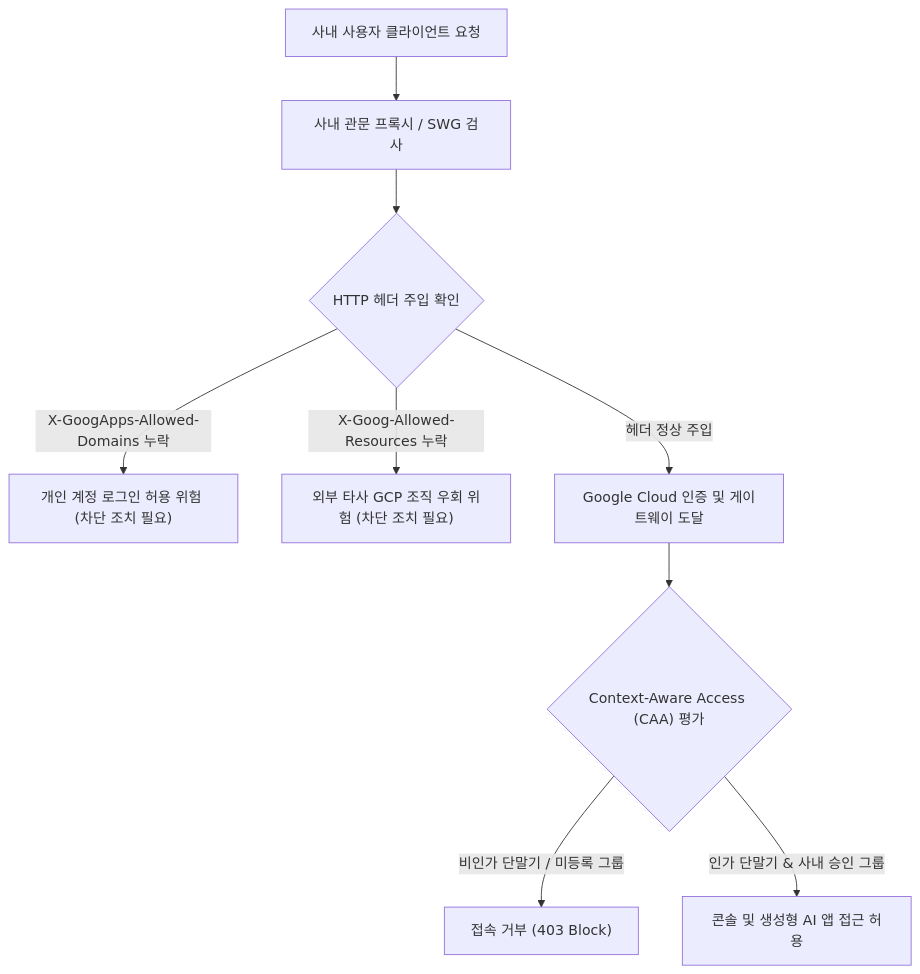
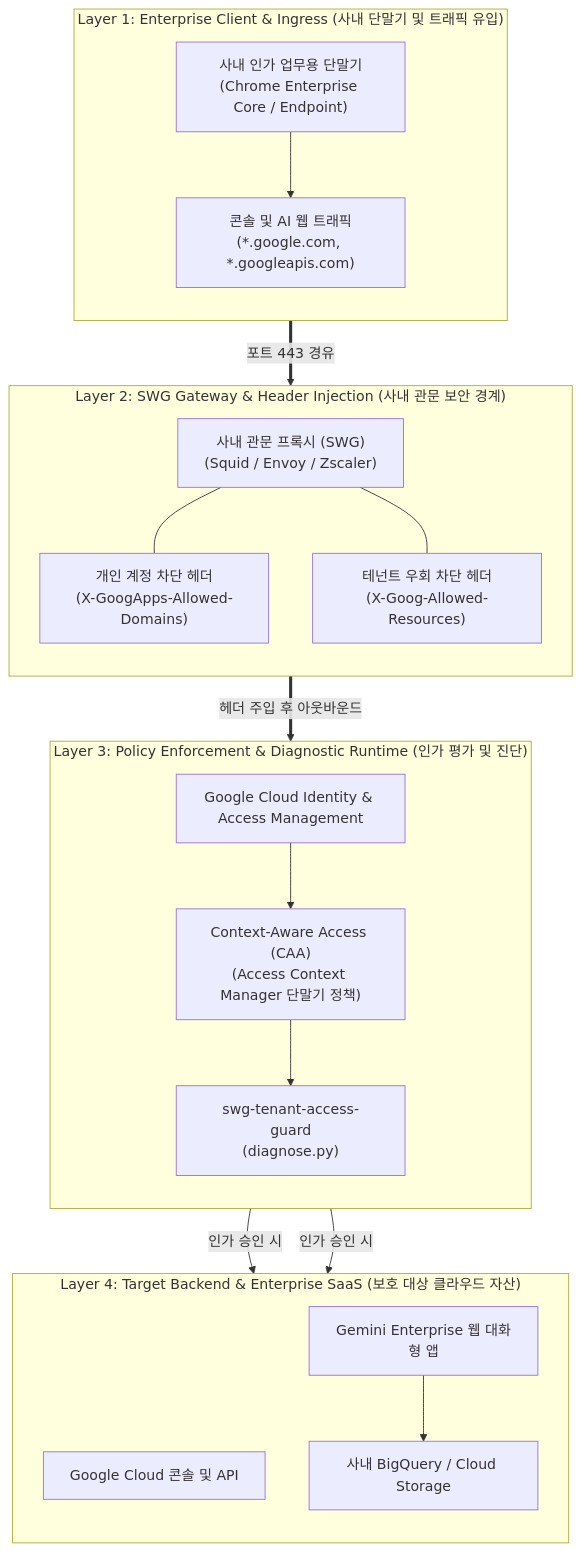
Before and after one commit to jiangjun-forge/google-cloud-0-to-1: the diagram in samples/swg-tenant-access-guard/README.md, drawn with Mermaid. The commit also changed other lines of this file and 94 other files, not shown here.

Commit message:
Standardize architecture specifications

````diff
--- a/samples/swg-tenant-access-guard/README.md
+++ b/samples/swg-tenant-access-guard/README.md
@@ -75,11 +75,40 @@
 ```mermaid
 flowchart TD
-    A["사내 사용자 클라이언트 요청"] --> B["사내 관문 프록시 / SWG 검사"]
-    B --> C{"HTTP 헤더 주입 확인"}
-    C -- "X-GoogApps-Allowed-Domains 누락" --> D["개인 계정 로그인 허용 위험 (차단 조치 필요)"]
-    C -- "X-Goog-Allowed-Resources 누락" --> E["외부 타사 GCP 조직 우회 위험 (차단 조치 필요)"]
-    C -- "헤더 정상 주입" --> F["Google Cloud 인증 및 게이트웨이 도달"]
-    F --> G{"Context-Aware Access (CAA) 평가"}
-    G -- "비인가 단말기 / 미등록 그룹" --> H["접속 거부 (403 Block)"]
-    G -- "인가 단말기 & 사내 승인 그룹" --> I["콘솔 및 생성형 AI 앱 접근 허용"]
+    subgraph Layer1["Layer 1: Enterprise Client & Ingress (사내 단말기 및 트래픽 유입)"]
+        direction TB
+        CorpDevice["사내 인가 업무용 단말기<br/>(Chrome Enterprise Core / Endpoint)"]
+        ClientTraffic["콘솔 및 AI 웹 트래픽<br/>(*.google.com, *.googleapis.com)"]
+        CorpDevice --> ClientTraffic
+    end
+
+    subgraph Layer2["Layer 2: SWG Gateway & Header Injection (사내 관문 보안 경계)"]
+        direction TB
+        SWGProxy["사내 관문 프록시 (SWG)<br/>(Squid / Envoy / Zscaler)"]
+        DomainHeader["개인 계정 차단 헤더<br/>(X-GoogApps-Allowed-Domains)"]
+        TenantHeader["테넌트 우회 차단 헤더<br/>(X-Goog-Allowed-Resources)"]
+        SWGProxy --- DomainHeader
+        SWGProxy --- TenantHeader
+    end
+
+    subgraph Layer3["Layer 3: Policy Enforcement & Diagnostic Runtime (인가 평가 및 진단)"]
+        direction TB
+        GoogleIdentity["Google Cloud Identity & Access Management"]
+        CAAPolicy["Context-Aware Access (CAA)<br/>(Access Context Manager 단말기 정책)"]
+        GuardEngine["swg-tenant-access-guard<br/>(diagnose.py)"]
+        GoogleIdentity --> CAAPolicy
+        CAAPolicy --> GuardEngine
+    end
+
+    subgraph Layer4["Layer 4: Target Backend & Enterprise SaaS (보호 대상 클라우드 자산)"]
+        direction TB
+        GCPConsole["Google Cloud 콘솔 및 API"]
+        GeminiEnterpriseApp["Gemini Enterprise 웹 대화형 앱"]
+        EnterpriseData["사내 BigQuery / Cloud Storage"]
+    end
+
+    ClientTraffic ==>|"포트 443 경유"| SWGProxy
+    SWGProxy ==>|"헤더 주입 후 아웃바운드"| GoogleIdentity
+    CAAPolicy -->|인가 승인 시| GCPConsole
+    CAAPolicy -->|인가 승인 시| GeminiEnterpriseApp
+    GeminiEnterpriseApp --> EnterpriseData
 ```
````
